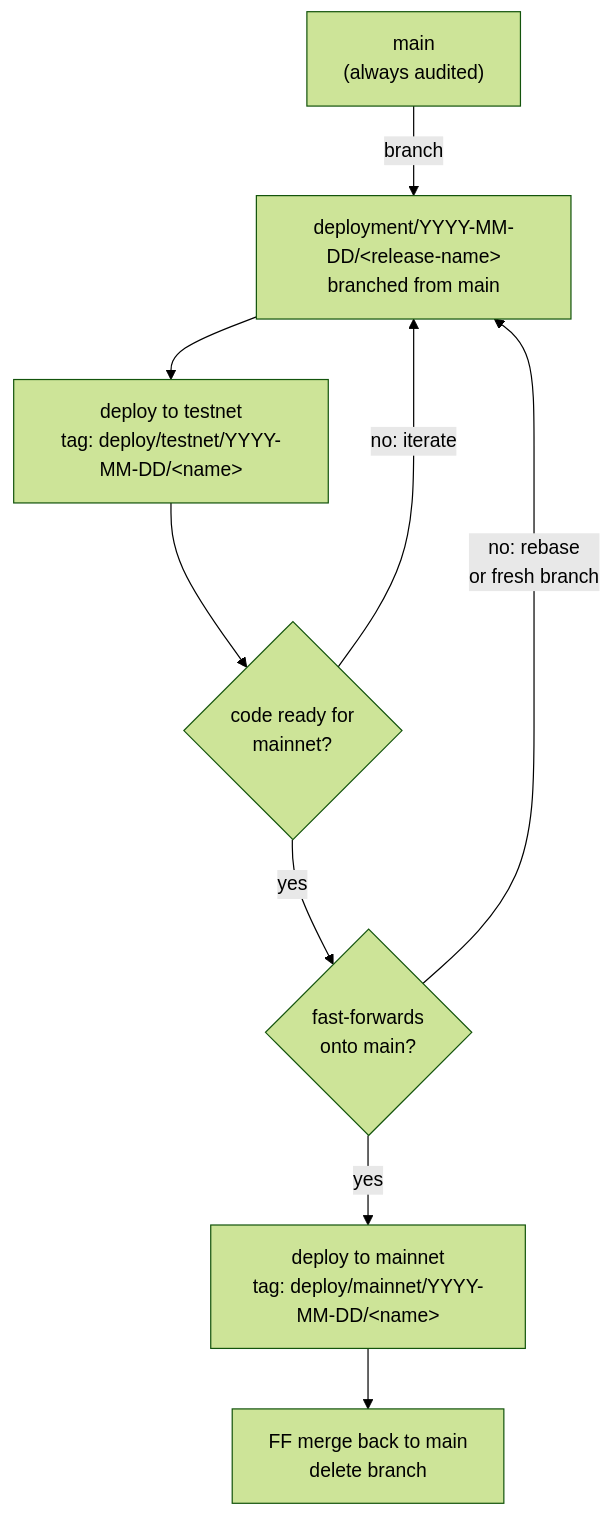
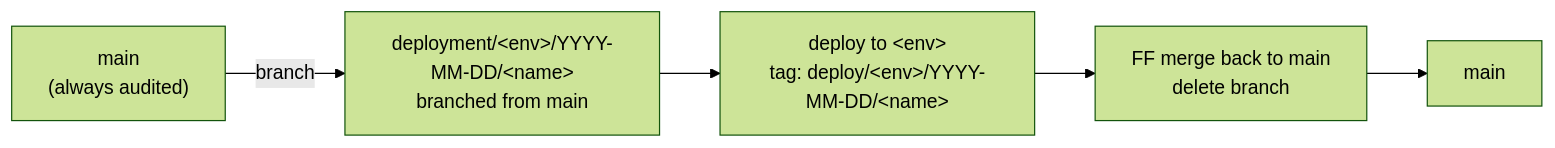
One commit to graphprotocol/contracts changed the diagram in DEPLOYMENT.md. Above: the diagram before and after it, drawn with Mermaid (forest theme). The commit also changed other lines of this file, not shown here.

First line of the commit message:
docs: restructure deployment model to per-environment branches

````diff
--- a/DEPLOYMENT.md
+++ b/DEPLOYMENT.md
@@ -11,19 +9,13 @@
 ```mermaid
-flowchart TD
-    main["main<br/>(always audited)"]
-    branch["deployment/YYYY-MM-DD/&lt;release-name&gt;<br/>branched from main"]
-    testnet["deploy to testnet<br/>tag: deploy/testnet/YYYY-MM-DD/&lt;name&gt;"]
-    ready{"code ready for<br/>mainnet?"}
-    ff{"fast-forwards<br/>onto main?"}
-    mainnet["deploy to mainnet<br/>tag: deploy/mainnet/YYYY-MM-DD/&lt;name&gt;"]
+flowchart LR
+    main1["main<br/>(always audited)"]
+    branch["deployment/&lt;env&gt;/YYYY-MM-DD/&lt;name&gt;<br/>branched from main"]
+    deploy["deploy to &lt;env&gt;<br/>tag: deploy/&lt;env&gt;/YYYY-MM-DD/&lt;name&gt;"]
     merge["FF merge back to main<br/>delete branch"]
+    main2["main"]
 
-    main -->|branch| branch
-    branch --> testnet
-    testnet --> ready
-    ready -->|no: iterate| branch
-    ready -->|yes| ff
-    ff -->|no: rebase<br/>or fresh branch| branch
-    ff -->|yes| mainnet
-    mainnet --> merge
+    main1 -->|branch| branch
+    branch --> deploy
+    deploy --> merge
+    merge --> main2
 ```
````
